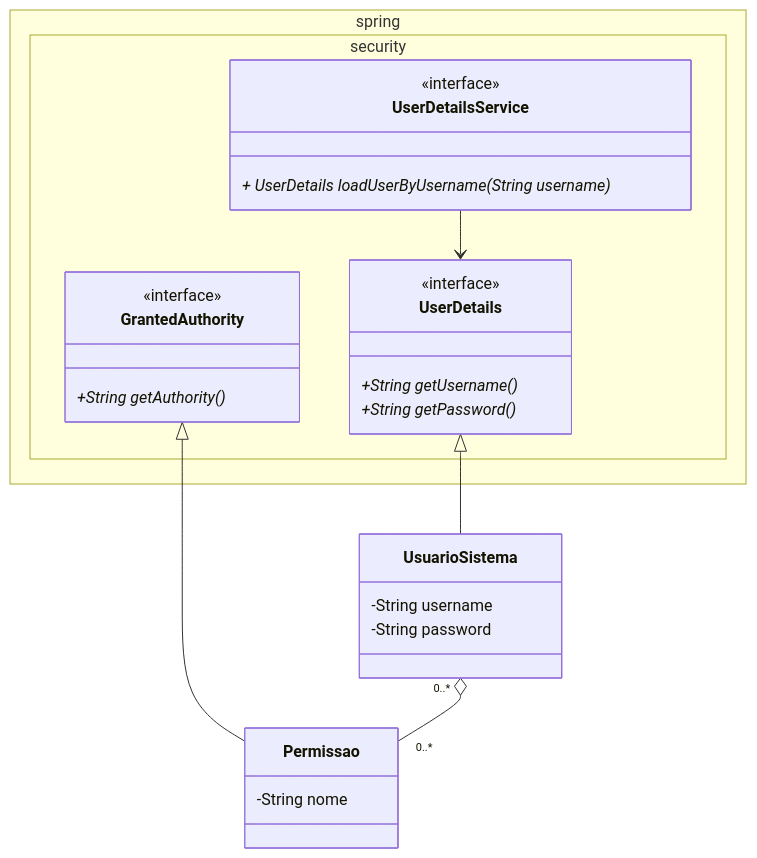
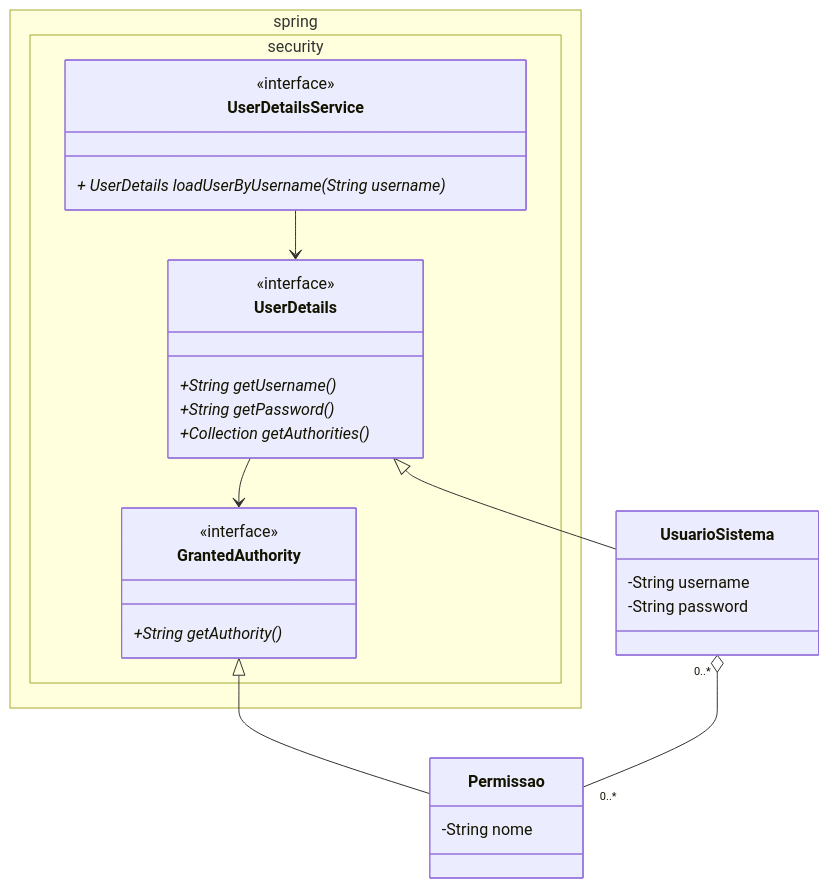
One commit to ftsuda-senac/dicas-desenvolvimento changed the third of 3 diagrams in Dicas-e-Tutoriais-Spring.md. Above: the diagram before and after it, drawn with Mermaid.

````diff
--- a/Dicas-e-Tutoriais-Spring.md
+++ b/Dicas-e-Tutoriais-Spring.md
@@ -258,36 +258,37 @@
     ```mermaid
    ---
      config:
        class:
          hideEmptyMembersBox: true
    ---
    classDiagram
        namespace spring.security {
            class UserDetailsService {
                <<interface>>
                + UserDetails loadUserByUsername(String username)*
            }
            class UserDetails {
                <<interface>>
                +String getUsername()*
                +String getPassword()*
+               +Collection<? extends GrantedAuthority> getAuthorities()*
            }
-   
            class GrantedAuthority {
                <<interface>>
                +String getAuthority()*
            }
        }
        
        class UsuarioSistema {
            -String username
            -String password
        }
        class Permissao {
            -String nome
        }
        UserDetailsService --> UserDetails
+       UserDetails --> GrantedAuthority
        UserDetails <|-- UsuarioSistema
        GrantedAuthority <|-- Permissao
        UsuarioSistema  "0..*" o-- "0..*" Permissao
     ```
````
